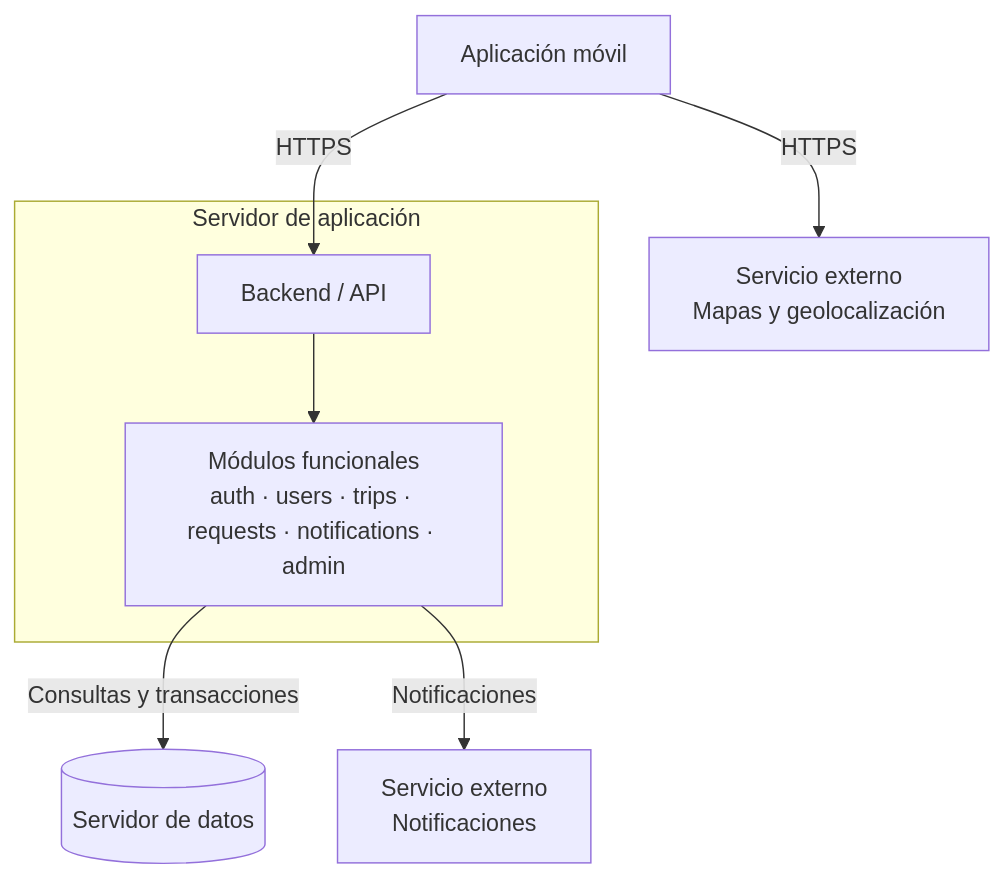
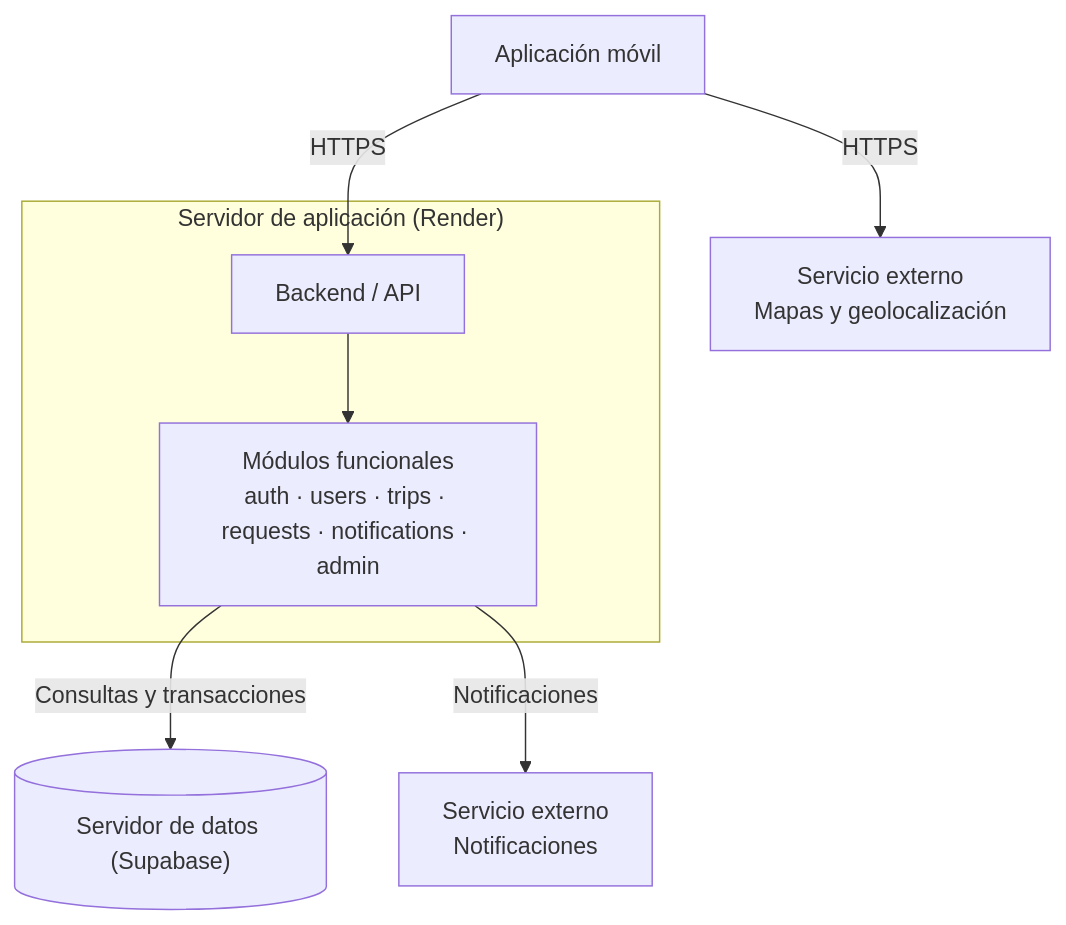
The second of 2 diagrams in docs/arc42/07_vista_de_despliegue.md (ISCOUTB/AS_202620_ROUTB), drawn with Mermaid before and after one commit. The commit also changed other lines of this file, not shown here.

````diff
--- a/docs/arc42/07_vista_de_despliegue.md
+++ b/docs/arc42/07_vista_de_despliegue.md
@@ -58,19 +60,19 @@
 ```mermaid
 flowchart TD
     APP["Aplicación móvil"]
 
-    subgraph SERVER["Servidor de aplicación"]
+    subgraph SERVER["Servidor de aplicación (Render)"]
         API["Backend / API"]
         MODULES["Módulos funcionales<br/>auth · users · trips · requests · notifications · admin"]
     end
 
-    DB[("Servidor de datos")]
+    DB[("Servidor de datos (Supabase)")]
     MAP["Servicio externo<br/>Mapas y geolocalización"]
     PUSH["Servicio externo<br/>Notificaciones"]
 
     APP -->|"HTTPS"| API
     APP -->|"HTTPS"| MAP
     API --> MODULES
     MODULES -->|"Consultas y transacciones"| DB
     MODULES -->|"Notificaciones"| PUSH
 ```
````
